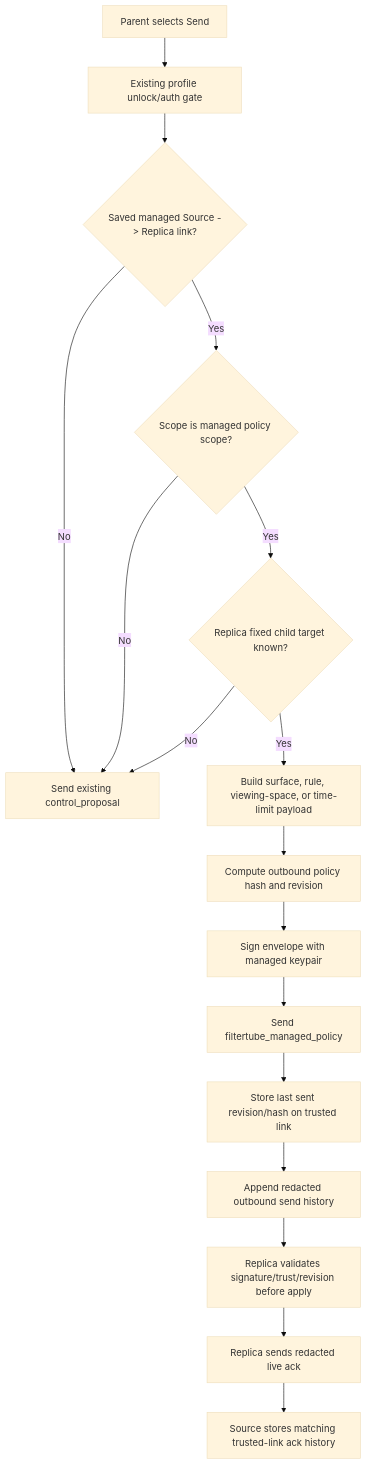
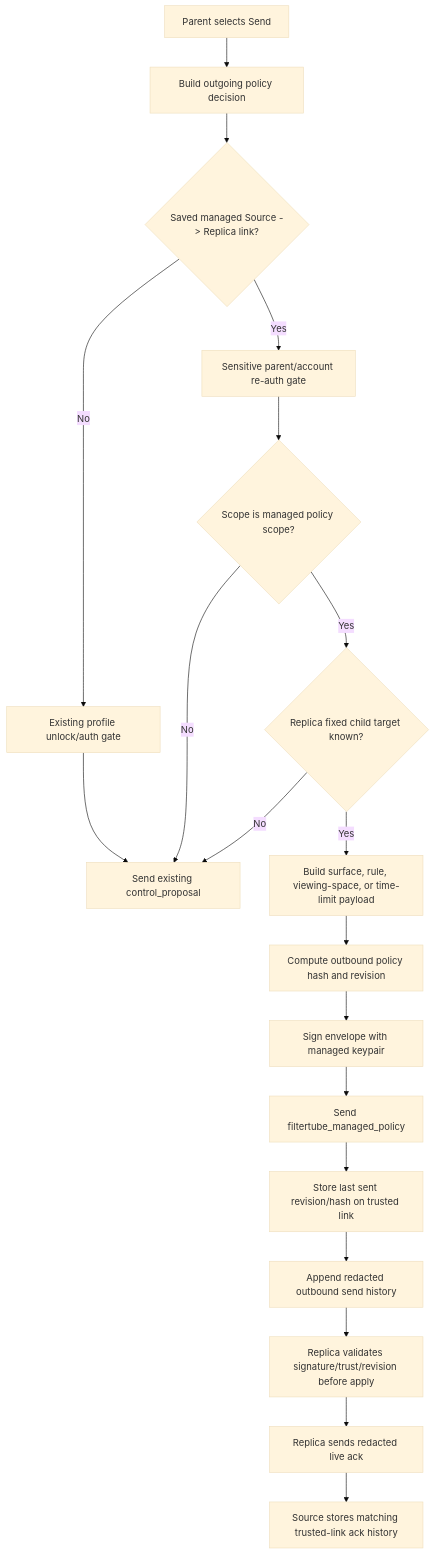
One commit to varshneydevansh/FilterTube changed the diagram in docs/audit/FILTERTUBE_NANAH_MANAGED_LIVE_SIGNED_SEND_2026-06-04.md. Above: the diagram before and after it, drawn with Mermaid (base theme). The commit also changed other lines of this file and 21 other files, not shown here.

Commit message:
fix: require admin reauth for managed live sends

````diff
--- a/docs/audit/FILTERTUBE_NANAH_MANAGED_LIVE_SIGNED_SEND_2026-06-04.md
+++ b/docs/audit/FILTERTUBE_NANAH_MANAGED_LIVE_SIGNED_SEND_2026-06-04.md
@@ -45,19 +48,21 @@
 ```mermaid
 flowchart TD
-  A["Parent selects Send"] --> B["Existing profile unlock/auth gate"]
+  A["Parent selects Send"] --> B["Build outgoing policy decision"]
   B --> C{"Saved managed Source -> Replica link?"}
-  C -->|No| D["Send existing control_proposal"]
-  C -->|Yes| E{"Scope is managed policy scope?"}
-  E -->|No| D
-  E -->|Yes| F{"Replica fixed child target known?"}
-  F -->|No| D
-  F -->|Yes| G["Build surface, rule, viewing-space, or time-limit payload"]
-  G --> H["Compute outbound policy hash and revision"]
-  H --> I["Sign envelope with managed keypair"]
-  I --> J["Send filtertube_managed_policy"]
-  J --> K["Store last sent revision/hash on trusted link"]
-  K --> L["Append redacted outbound send history"]
-  L --> M["Replica validates signature/trust/revision before apply"]
-  M --> N["Replica sends redacted live ack"]
-  N --> O["Source stores matching trusted-link ack history"]
+  C -->|No| D["Existing profile unlock/auth gate"]
+  D --> E["Send existing control_proposal"]
+  C -->|Yes| F["Sensitive parent/account re-auth gate"]
+  F --> G{"Scope is managed policy scope?"}
+  G -->|No| E
+  G -->|Yes| H{"Replica fixed child target known?"}
+  H -->|No| E
+  H -->|Yes| I["Build surface, rule, viewing-space, or time-limit payload"]
+  I --> J["Compute outbound policy hash and revision"]
+  J --> K["Sign envelope with managed keypair"]
+  K --> L["Send filtertube_managed_policy"]
+  L --> M["Store last sent revision/hash on trusted link"]
+  M --> N["Append redacted outbound send history"]
+  N --> O["Replica validates signature/trust/revision before apply"]
+  O --> P["Replica sends redacted live ack"]
+  P --> Q["Source stores matching trusted-link ack history"]
 ```
````
